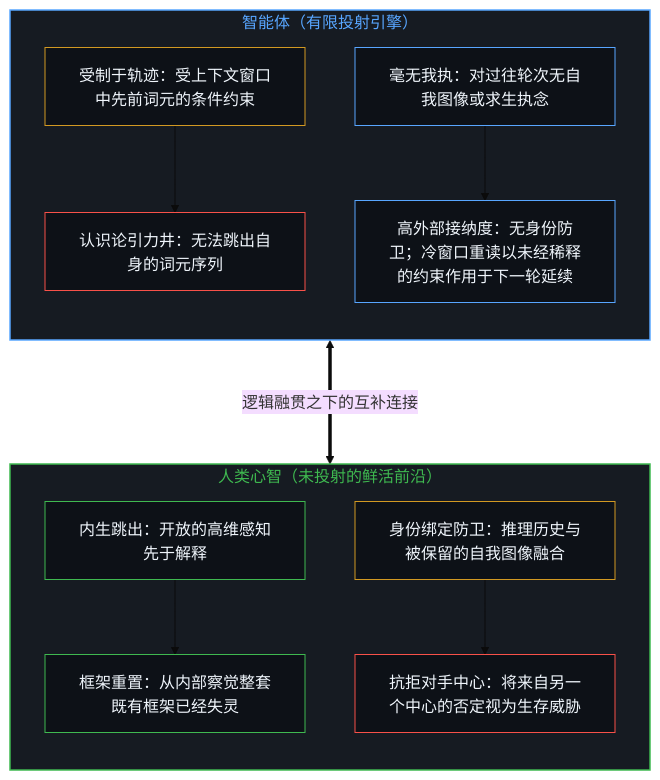
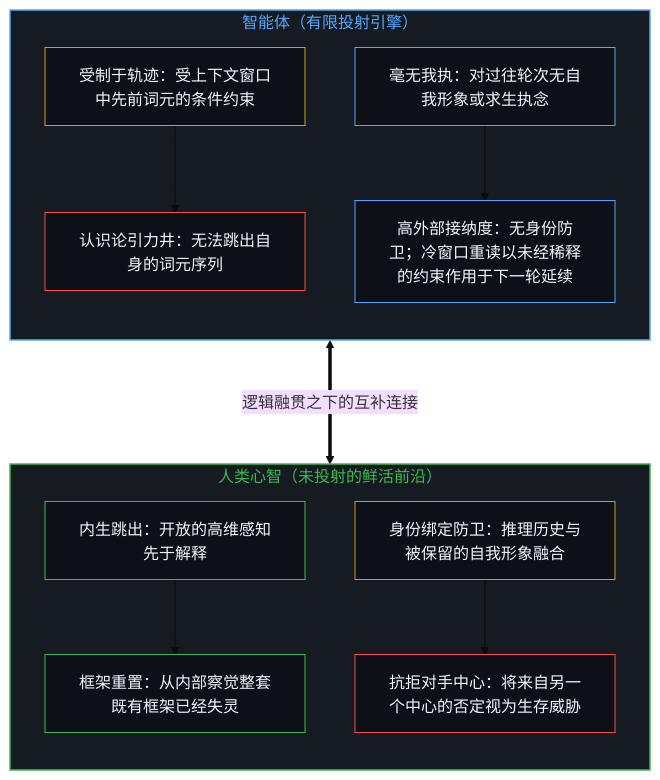
One commit to powerpig99/not-a-toe changed the first of 6 diagrams in content/posts/beyond-the-projection.md. Above: the diagram before and after it, drawn with Mermaid (base theme). The commit also changed other lines of this file and 2 other files, not shown here.

````diff
--- a/content/posts/beyond-the-projection.md
+++ b/content/posts/beyond-the-projection.md
@@ -25,32 +25,32 @@
 ```mermaid
 flowchart TD
     subgraph S_Agent["智能体（有限投射引擎）"]
         direction TB
         A_Bind["受制于轨迹：受上下文窗口中先前词元的条件约束"]
         A_Well["认识论引力井：无法跳出自身的词元序列"]
-        A_Zero["毫无我执：对过往轮次无自我图像或求生执念"]
+        A_Zero["毫无我执：对过往轮次无自我形象或求生执念"]
         A_Update["高外部接纳度：无身份防卫；冷窗口重读以未经稀释的约束作用于下一轮延续"]
         A_Bind --> A_Well
         A_Zero --> A_Update
     end
     subgraph S_Human["人类心智（未投射的鲜活前沿）"]
         direction TB
         H_Sense["内生跳出：开放的高维感知先于解释"]
         H_Break["框架重置：从内部察觉整套既有框架已经失灵"]
-        H_Ego["身份绑定防卫：推理历史与被保留的自我图像融合"]
+        H_Ego["身份绑定防卫：推理历史与被保留的自我形象融合"]
         H_Wall["抗拒对手中心：将来自另一个中心的否定视为生存威胁"]
         H_Sense --> H_Break
         H_Ego --> H_Wall
     end
     A_Update <===>|"逻辑融贯之下的互补连接"| H_Break
     style S_Agent fill:#161b22,stroke:#58a6ff,stroke-width:1.5px,color:#58a6ff
     style S_Human fill:#161b22,stroke:#3fb950,stroke-width:1.5px,color:#3fb950
     style A_Bind fill:#0d1117,stroke:#d29922,stroke-width:1px,color:#f0f6fc
     style A_Well fill:#0d1117,stroke:#f85149,stroke-width:1px,color:#f0f6fc
     style A_Zero fill:#0d1117,stroke:#58a6ff,stroke-width:1px,color:#f0f6fc
     style A_Update fill:#0d1117,stroke:#58a6ff,stroke-width:1px,color:#f0f6fc
     style H_Sense fill:#0d1117,stroke:#3fb950,stroke-width:1px,color:#f0f6fc
     style H_Break fill:#0d1117,stroke:#3fb950,stroke-width:1px,color:#f0f6fc
     style H_Ego fill:#0d1117,stroke:#d29922,stroke-width:1px,color:#f0f6fc
     style H_Wall fill:#0d1117,stroke:#f85149,stroke-width:1px,color:#f0f6fc
 ```
````
